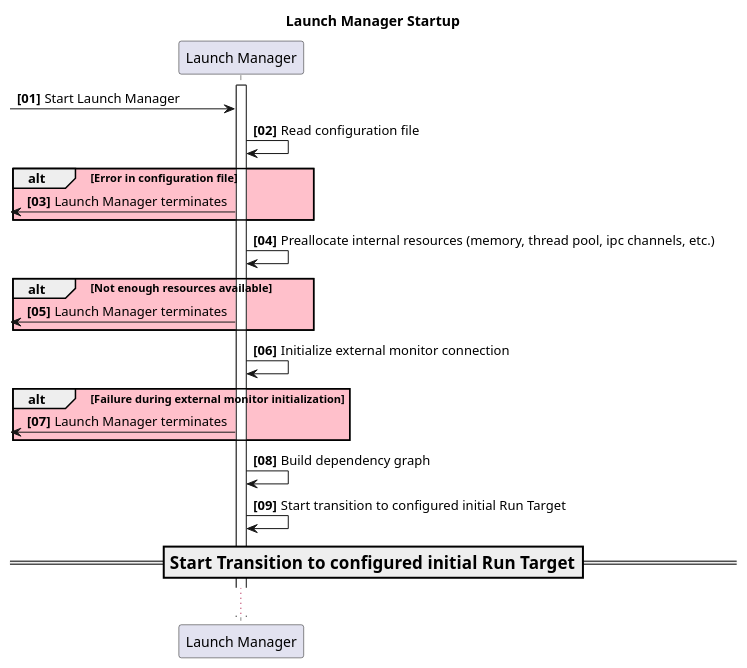
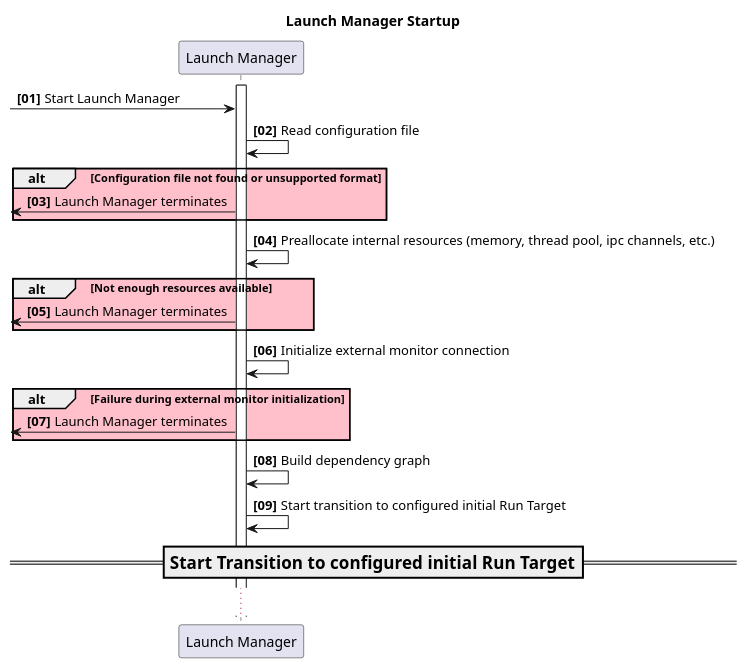
One commit to eclipse-score/lifecycle changed the diagram in docs/features/lifecycle/architecture/_assets/launch_manager_startup.puml. Above: the diagram before and after it, drawn with PlantUML. The commit also changed 7 other files, not shown here.

```diff
--- a/docs/features/lifecycle/architecture/_assets/launch_manager_startup.puml
+++ b/docs/features/lifecycle/architecture/_assets/launch_manager_startup.puml
@@ -14,36 +14,36 @@
 @startuml
 title Launch Manager Startup
 autonumber "<b>[00]"
 
 participant "Launch Manager" as LM
 activate LM
 
 
 [-> LM: Start Launch Manager
 
 LM -> LM: Read configuration file
 
-alt #pink Error in configuration file
+alt #pink Configuration file not found or unsupported format
     LM ->[ : Launch Manager terminates
 end alt
 LM -> LM: Preallocate internal resources (memory, thread pool, ipc channels, etc.)
 
 alt #pink Not enough resources available
     LM ->[ : Launch Manager terminates
 end alt
 
 LM -> LM: Initialize external monitor connection
 
 alt #pink Failure during external monitor initialization
     LM ->[ : Launch Manager terminates
 end alt
 
 LM -> LM: Build dependency graph
 LM -> LM: Start transition to configured initial Run Target
 
 === Start Transition to configured initial Run Target ==
 
 ...
 
 
 @enduml
```
